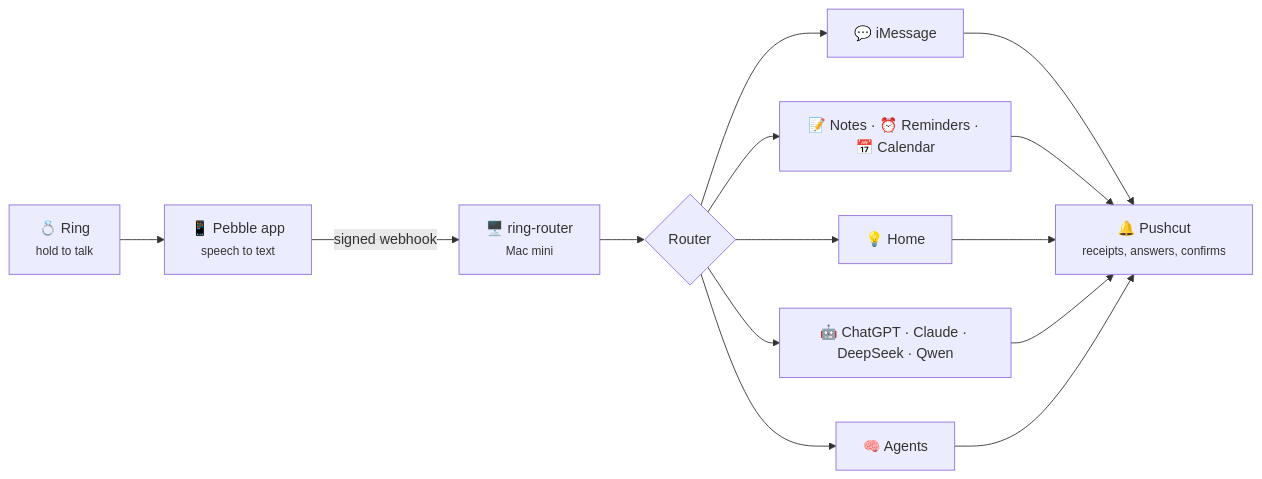
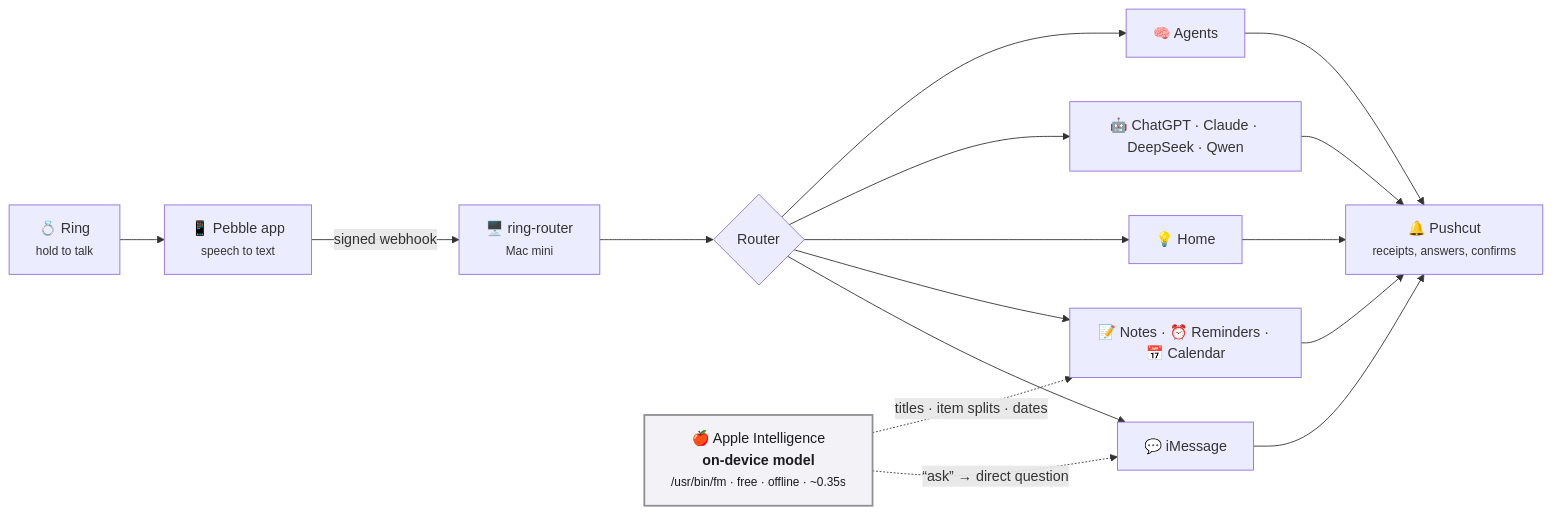
Before and after one commit to DaveLinger/ring-router: the diagram in README.md, drawn with Mermaid. The commit also changed 1 other file, not shown here.

Commit message:
Show the on-device Apple model in the architecture diagrams
Add an Apple Intelligence node (/usr/bin/fm) to the README and plan
diagrams, linked to the steps it powers: "ask" rewrites, note titles,
shopping-item splits and date extraction.

````diff
--- a/README.md
+++ b/README.md
@@ -25,12 +25,17 @@
 ```mermaid
 flowchart LR
     A["💍 Ring<br/><small>hold to talk</small>"] --> B["📱 Pebble app<br/><small>speech to text</small>"]
     B -- "signed webhook" --> C["🖥️ ring-router<br/><small>Mac mini</small>"]
     C --> D{"Router"}
     D --> E["💬 iMessage"]
     D --> F["📝 Notes · ⏰ Reminders · 📅 Calendar"]
     D --> G["💡 Home"]
     D --> H["🤖 ChatGPT · Claude · DeepSeek · Qwen"]
     D --> I["🧠 Agents"]
     E & F & G & H & I --> J["🔔 Pushcut<br/><small>receipts, answers, confirms</small>"]
+    FM -.->|"“ask” → direct question"| E
+    FM -.->|"titles · item splits · dates"| F
+    FM["🍎 Apple Intelligence<br/><b>on-device model</b><br/><small>/usr/bin/fm · free · offline · ~0.35s</small>"]
+    classDef apple fill:#f2f2f7,stroke:#8e8e93,stroke-width:2px,color:#1c1c1e
+    class FM apple
 ```
````
